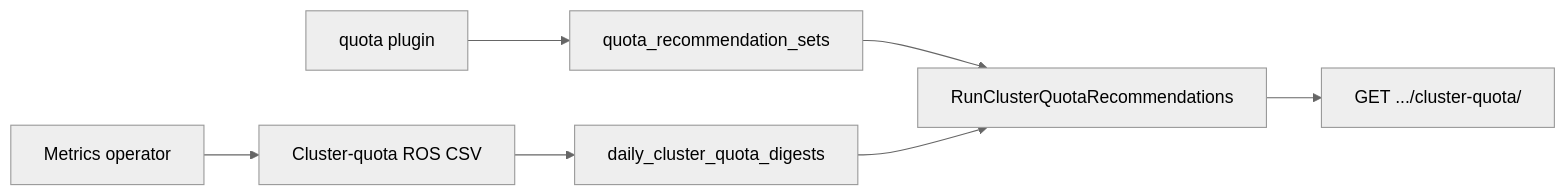
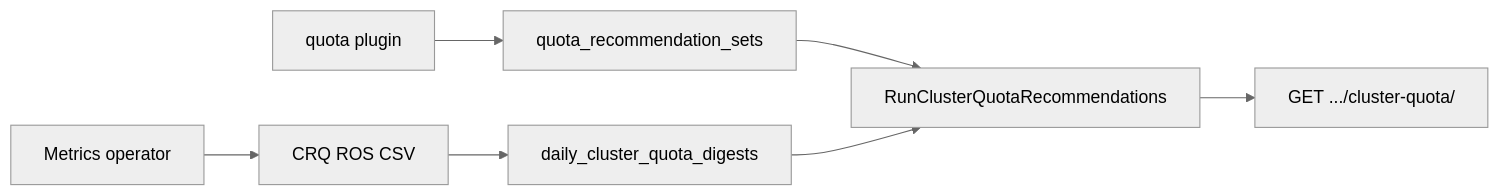
Before and after one commit to pgarciaq/ros-ocp-backend: the diagram in docs-site/features/cluster-resource-quota.md, drawn with Mermaid (neutral theme). The commit also changed other lines of this file and 11 other files, not shown here.

````diff
--- a/docs-site/features/cluster-resource-quota.md
+++ b/docs-site/features/cluster-resource-quota.md
@@ -22,9 +22,9 @@
 ```mermaid
 flowchart LR
-  Op[Metrics operator] --> CSV[Cluster-quota ROS CSV]
-  NS[quota plugin] --> QRS[quota_recommendation_sets]
+  Op[Metrics operator] --> CSV[CRQ ROS CSV]
+  Quota[quota plugin] --> QRS[quota_recommendation_sets]
   CSV --> Digests[daily_cluster_quota_digests]
   QRS --> CRQ[RunClusterQuotaRecommendations]
   Digests --> CRQ
   CRQ --> API[GET .../cluster-quota/]
 ```
````
